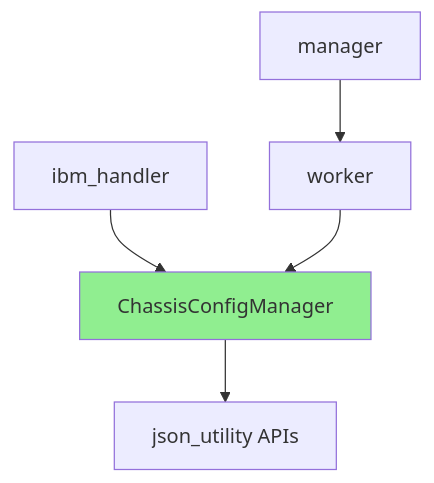
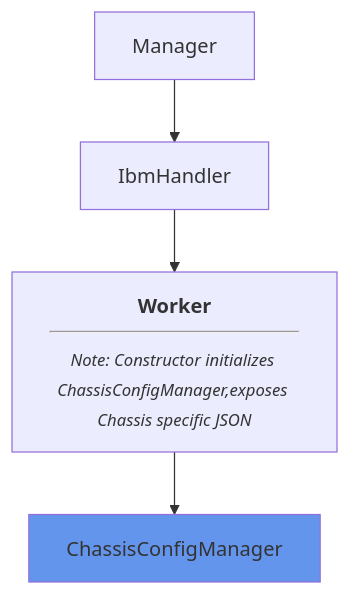
The first of 2 diagrams in docs/chassis-manager.md (souvik1914581/openpower-vpd-parser), drawn with Mermaid before and after one commit. The commit also changed other lines of this file, not shown here.

First line of the commit message:
Enhance chassis-manager documentation with architecture details

````diff
--- a/docs/chassis-manager.md
+++ b/docs/chassis-manager.md
@@ -127,11 +128,10 @@
 ```mermaid
 graph TB
-    A[ibm_handler] --> B[ChassisConfigManager]
-    B --> C[json_utility APIs]
+    A[Manager] --> B[IbmHandler]
+    %%B --> C[Worker (initializes ChassisConfigManager and Worker::getSysCfgJsonObj exposes Chassis specific JSON)]
+    B --> C["<b>Worker</b><hr/><small><i>Note: Constructor initializes ChassisConfigManager,exposes Chassis specific JSON<br/></i></small>"]
+    C --> D[ChassisConfigManager]
 
-    D[worker] --> B
-    E[manager] --> D
-
-    style B fill:#90EE90
+    style D fill:#6495ED
 
 ```
````
